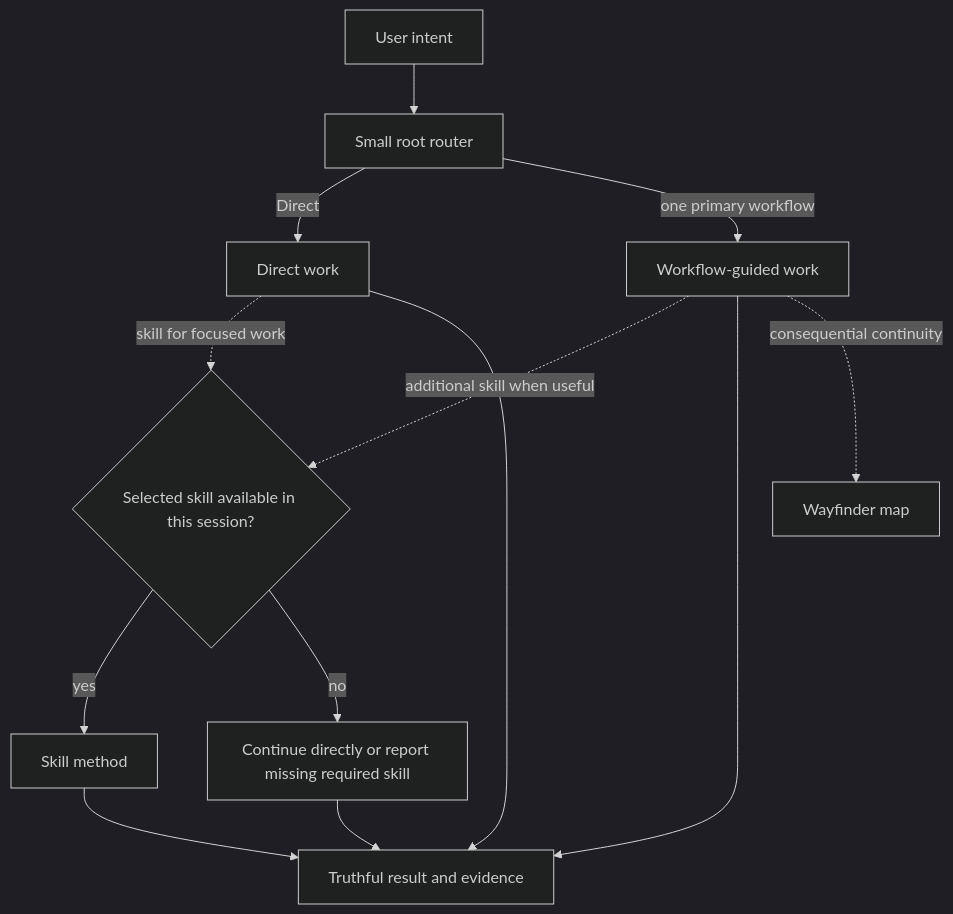
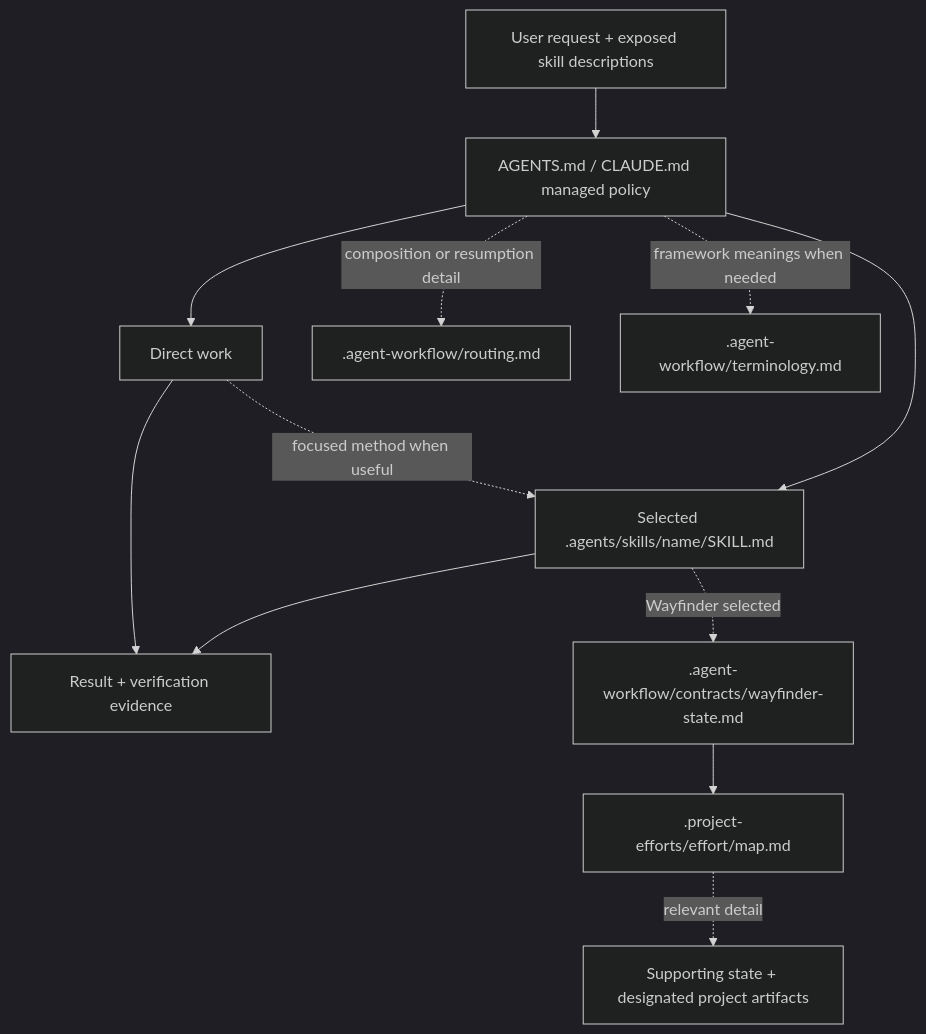
One commit to jimmfan/agentic-workflow changed the diagram in docs/architecture.md. Above: the diagram before and after it, drawn with Mermaid (dark theme). The commit also changed other lines of this file and 10 other files, not shown here.

````diff
--- a/docs/architecture.md
+++ b/docs/architecture.md
@@ -16,15 +11,14 @@
 ```mermaid
 flowchart TD
-    request["User intent"] --> router["Small root router"]
-    router -->|Direct| direct["Direct work"]
-    router -->|one primary workflow| workflow["Workflow-guided work"]
-    direct -. skill for focused work .-> skill{"Selected skill available in this session?"}
-    workflow -. additional skill when useful .-> skill
-    skill -->|yes| native["Skill method"]
-    skill -->|no| fallback["Continue directly or report missing required skill"]
-    direct --> evidence["Truthful result and evidence"]
-    workflow --> evidence
-    native --> evidence
-    fallback --> evidence
-    workflow -. consequential continuity .-> wayfinder["Wayfinder map"]
+    request["User request + exposed skill descriptions"] --> root["AGENTS.md / CLAUDE.md managed policy"]
+    root --> direct["Direct work"]
+    root --> method["Selected .agents/skills/name/SKILL.md"]
+    direct -. focused method when useful .-> method
+    root -. composition or resumption detail .-> routing[".agent-workflow/routing.md"]
+    root -. framework meanings when needed .-> terms[".agent-workflow/terminology.md"]
+    method --> result["Result + verification evidence"]
+    direct --> result
+    method -. Wayfinder selected .-> contract[".agent-workflow/contracts/wayfinder-state.md"]
+    contract --> map[".project-efforts/effort/map.md"]
+    map -. relevant detail .-> artifacts["Supporting state + designated project artifacts"]
 ```
````
